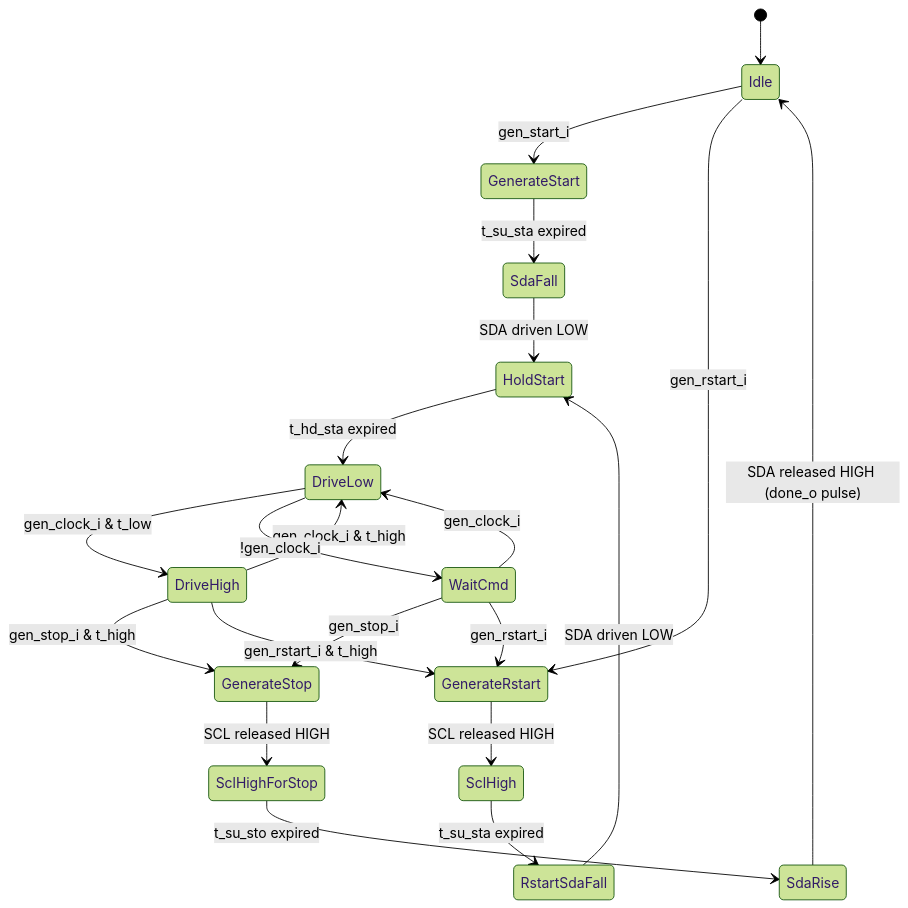
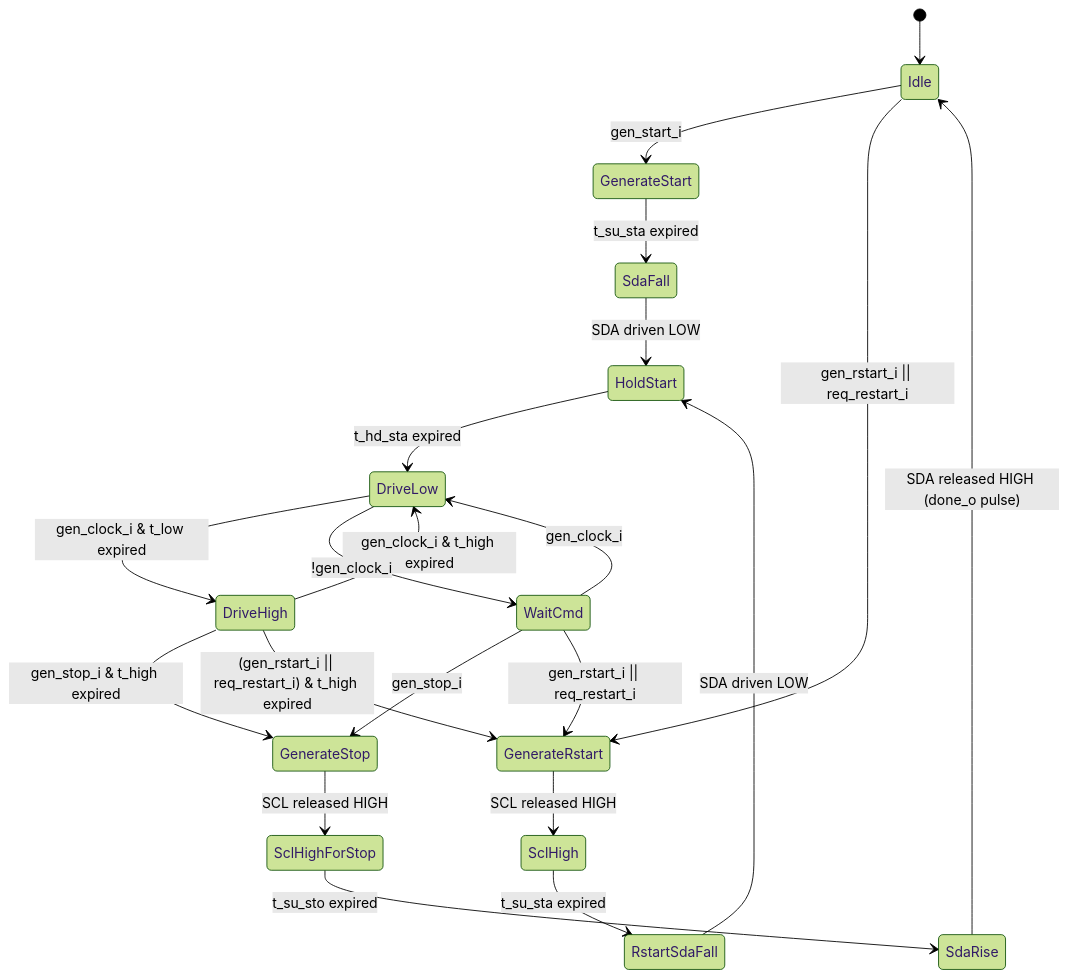
Before and after one commit to minhuy206/i3c: the second of 2 diagrams in docs/module_specs/03_scl_generator_spec.md, drawn with Mermaid (forest theme). The commit also changed other lines of this file and 15 other files, not shown here.

````diff
--- a/docs/module_specs/03_scl_generator_spec.md
+++ b/docs/module_specs/03_scl_generator_spec.md
@@ -156,30 +190,30 @@
 ```mermaid
 stateDiagram-v2
     [*] --> Idle
 
     Idle --> GenerateStart: gen_start_i
-    Idle --> GenerateRstart: gen_rstart_i
+    Idle --> GenerateRstart: gen_rstart_i || req_restart_i
 
     GenerateStart --> SdaFall: t_su_sta expired
     SdaFall --> HoldStart: SDA driven LOW
     HoldStart --> DriveLow: t_hd_sta expired
 
     GenerateRstart --> SclHigh: SCL released HIGH
     SclHigh --> RstartSdaFall: t_su_sta expired
     RstartSdaFall --> HoldStart: SDA driven LOW
 
-    DriveLow --> DriveHigh: gen_clock_i & t_low
-    DriveHigh --> DriveLow: gen_clock_i & t_high
-    DriveHigh --> GenerateStop: gen_stop_i & t_high
-    DriveHigh --> GenerateRstart: gen_rstart_i & t_high
+    DriveLow --> DriveHigh: gen_clock_i & t_low expired
+    DriveHigh --> DriveLow: gen_clock_i & t_high expired
+    DriveHigh --> GenerateStop: gen_stop_i & t_high expired
+    DriveHigh --> GenerateRstart: (gen_rstart_i || req_restart_i) & t_high expired
 
     DriveLow --> WaitCmd: !gen_clock_i
 
     WaitCmd --> DriveLow: gen_clock_i
     WaitCmd --> GenerateStop: gen_stop_i
-    WaitCmd --> GenerateRstart: gen_rstart_i
+    WaitCmd --> GenerateRstart: gen_rstart_i || req_restart_i
 
     GenerateStop --> SclHighForStop: SCL released HIGH
     SclHighForStop --> SdaRise: t_su_sto expired
     SdaRise --> Idle: SDA released HIGH (done_o pulse)
 ```
````
